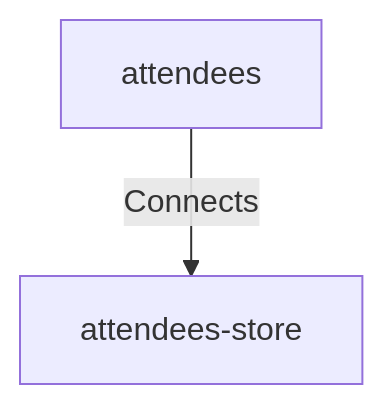
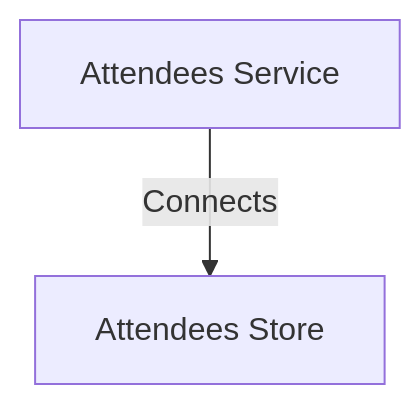
Before and after one commit to finos/architecture-as-code: the diagram in cli/test_fixtures/getting-started/STEP-2/website/docs/relationships/attendees-attendees-store.md, drawn with Mermaid. The commit also changed 61 other files, not shown here.

First line of the commit message:
fix(calm-widgets): resolve node names instead of raw ids in related-nodes diagrams (#2883)

````diff
--- a/cli/test_fixtures/getting-started/STEP-2/website/docs/relationships/attendees-attendees-store.md
+++ b/cli/test_fixtures/getting-started/STEP-2/website/docs/relationships/attendees-attendees-store.md
@@ -32,5 +32,5 @@
 ```mermaid
 graph TD;
-attendees -- Connects --> attendees-store;
+attendees[Attendees Service] -- Connects --> attendees-store[Attendees Store];
 classDef highlight fill:#f2bbae;
 ```
````
